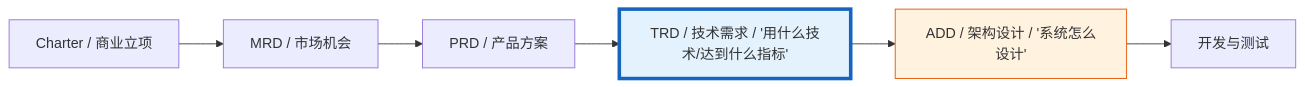
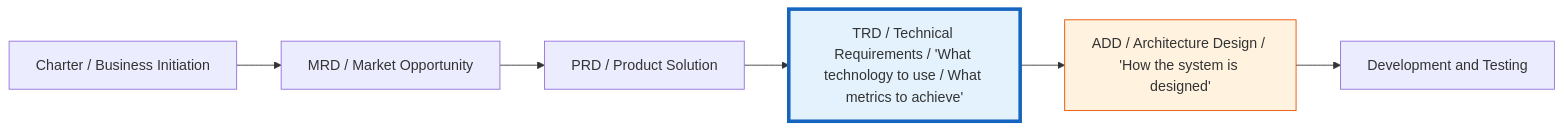
One commit to Kirky-X/cangjie changed the first of 3 diagrams in templates/产品/技术层/【模板】技术需求文档(TRD).md. Above: the diagram before and after it, drawn with Mermaid. The commit also changed other lines of this file and 60 other files, not shown here.

````diff
--- a/templates/产品/技术层/【模板】技术需求文档(TRD).md
+++ b/templates/产品/技术层/【模板】技术需求文档(TRD).md
@@ -25,10 +25,10 @@
 ```mermaid
 graph LR
-    A[Charter / 商业立项] --> B[MRD / 市场机会]
-    B --> C[PRD / 产品方案]
-    C --> D[TRD / 技术需求 / '用什么技术/达到什么指标']
-    D --> E[ADD / 架构设计 / '系统怎么设计']
-    E --> F[开发与测试]
+    A[Charter / Business Initiation] --> B[MRD / Market Opportunity]
+    B --> C[PRD / Product Solution]
+    C --> D[TRD / Technical Requirements / 'What technology to use / What metrics to achieve']
+    D --> E[ADD / Architecture Design / 'How the system is designed']
+    E --> F[Development and Testing]
     style D fill:#e3f2fd,stroke:#1565c0,stroke-width:4px
     style E fill:#fff3e0,stroke:#e65100
 ```
````
